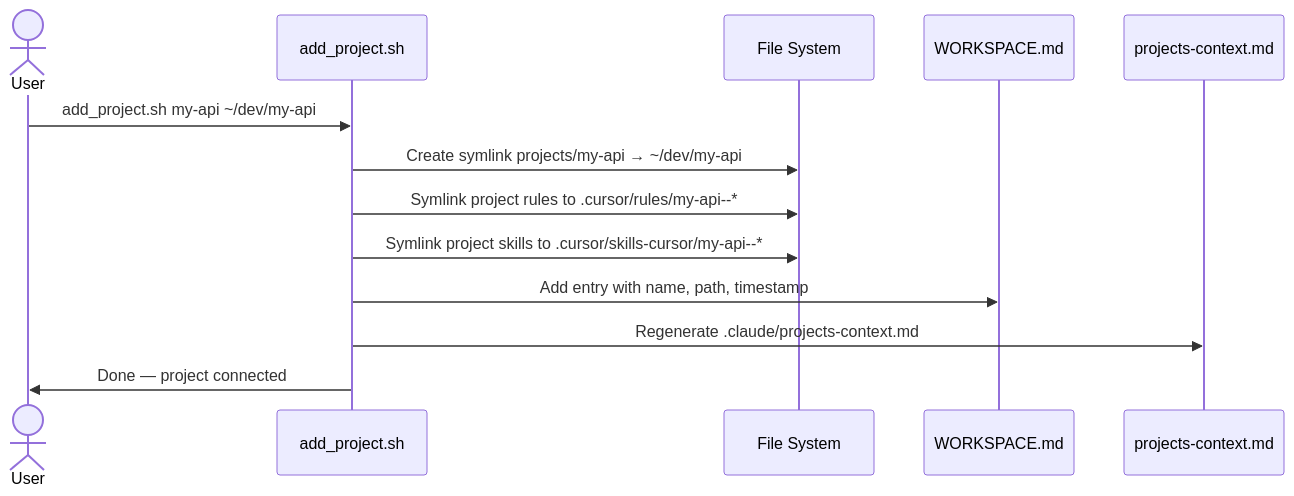
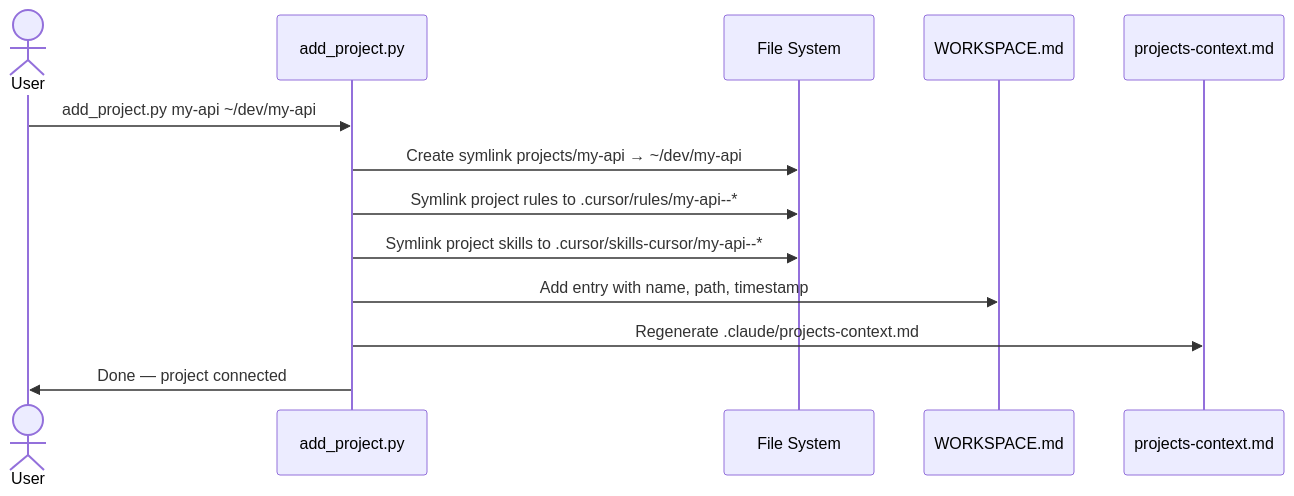
The second of 4 diagrams in docs/architecture.md (samartined/mAIcelium), drawn with Mermaid before and after one commit. The commit also changed other lines of this file and 25 other files, not shown here.

````diff
--- a/docs/architecture.md
+++ b/docs/architecture.md
@@ -122,16 +122,16 @@
 ```mermaid
 sequenceDiagram
     actor User
-    participant Script as add_project.sh
+    participant Script as add_project.py
     participant FS as File System
     participant WS as WORKSPACE.md
     participant Claude as projects-context.md
 
-    User->>Script: add_project.sh my-api ~/dev/my-api
+    User->>Script: add_project.py my-api ~/dev/my-api
     Script->>FS: Create symlink projects/my-api → ~/dev/my-api
     Script->>FS: Symlink project rules to .cursor/rules/my-api--*
     Script->>FS: Symlink project skills to .cursor/skills-cursor/my-api--*
     Script->>WS: Add entry with name, path, timestamp
     Script->>Claude: Regenerate .claude/projects-context.md
     Script->>User: Done — project connected
 ```
````
